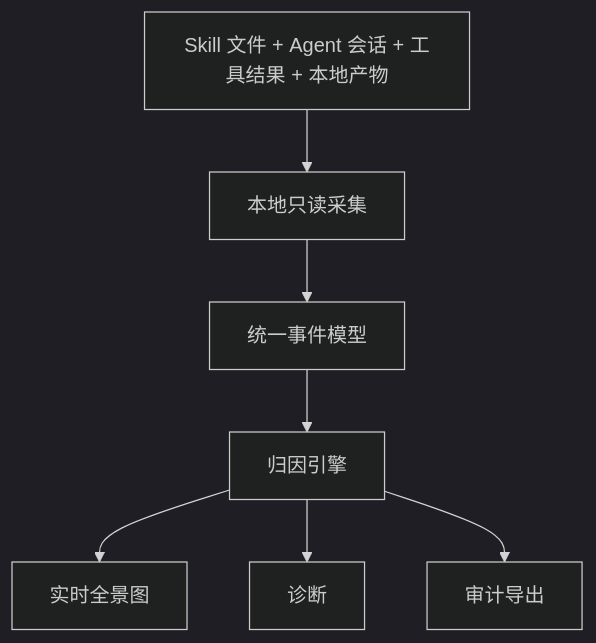
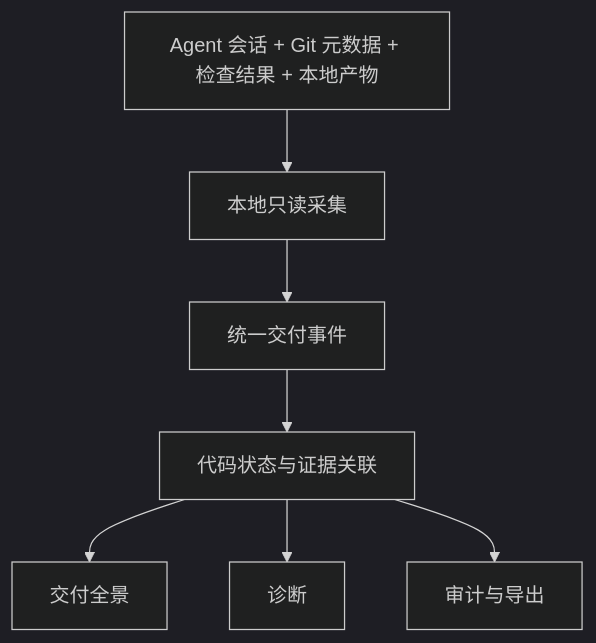
The diagram in docs/zh-CN/product-map.md (hellogxp/stateseal), drawn with Mermaid (dark theme) before and after one commit. The commit also changed other lines of this file and 59 other files, not shown here.

````diff
--- a/docs/zh-CN/product-map.md
+++ b/docs/zh-CN/product-map.md
@@ -6,9 +6,9 @@
 ```mermaid
 flowchart TB
-  S["Skill 文件 + Agent 会话 + 工具结果 + 本地产物"] --> I["本地只读采集"]
-  I --> N["统一事件模型"]
-  N --> A["归因引擎"]
-  A --> P["实时全景图"]
-  A --> D["诊断"]
-  A --> E["审计导出"]
+  S["Agent 会话 + Git 元数据 + 检查结果 + 本地产物"] --> I["本地只读采集"]
+  I --> N["统一交付事件"]
+  N --> C["代码状态与证据关联"]
+  C --> P["交付全景"]
+  C --> D["诊断"]
+  C --> A["审计与导出"]
 ```
````
